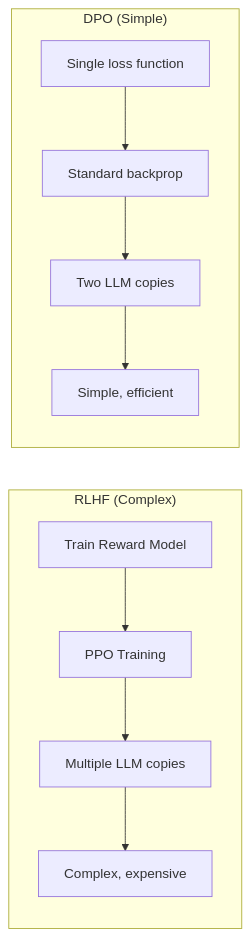
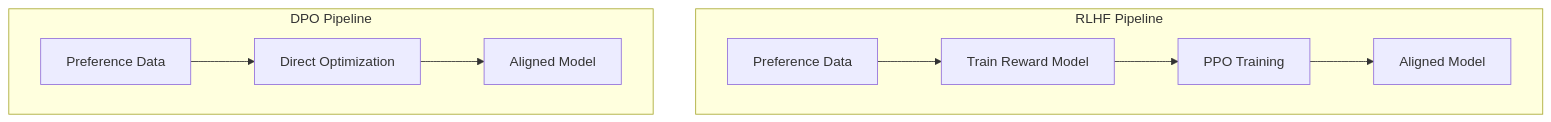
One commit to vanos001/placement_prep changed the second of 3 diagrams in src/ml/rl/dpo.md. Above: the diagram before and after it, drawn with Mermaid. The commit also changed other lines of this file and 13 other files, not shown here.

````diff
--- a/src/ml/rl/dpo.md
+++ b/src/ml/rl/dpo.md
@@ -25,14 +50,13 @@
 ```mermaid
-graph LR
-    subgraph "RLHF (Complex)"
-        R1[Train Reward Model] --> R2[PPO Training]
-        R2 --> R3[Multiple LLM copies]
-        R3 --> R4[Complex, expensive]
+graph TD
+    subgraph "RLHF Pipeline"
+        A1[Preference Data] --> B1[Train Reward Model]
+        B1 --> C1[PPO Training]
+        C1 --> D1[Aligned Model]
     end
     
-    subgraph "DPO (Simple)"
-        D1[Single loss function] --> D2[Standard backprop]
-        D2 --> D3[Two LLM copies]
-        D3 --> D4[Simple, efficient]
+    subgraph "DPO Pipeline"
+        A2[Preference Data] --> B2[Direct Optimization]
+        B2 --> D2[Aligned Model]
     end
 ```
````
